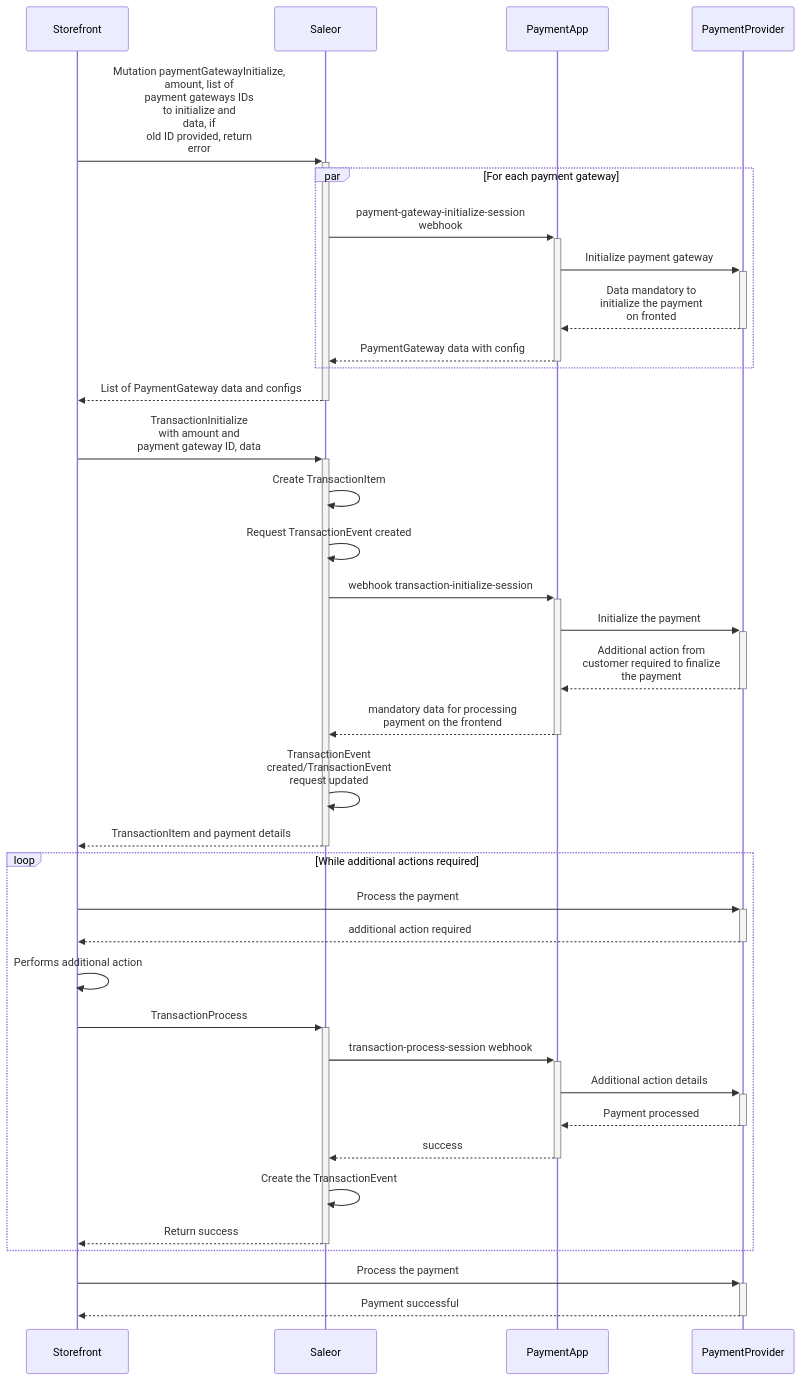
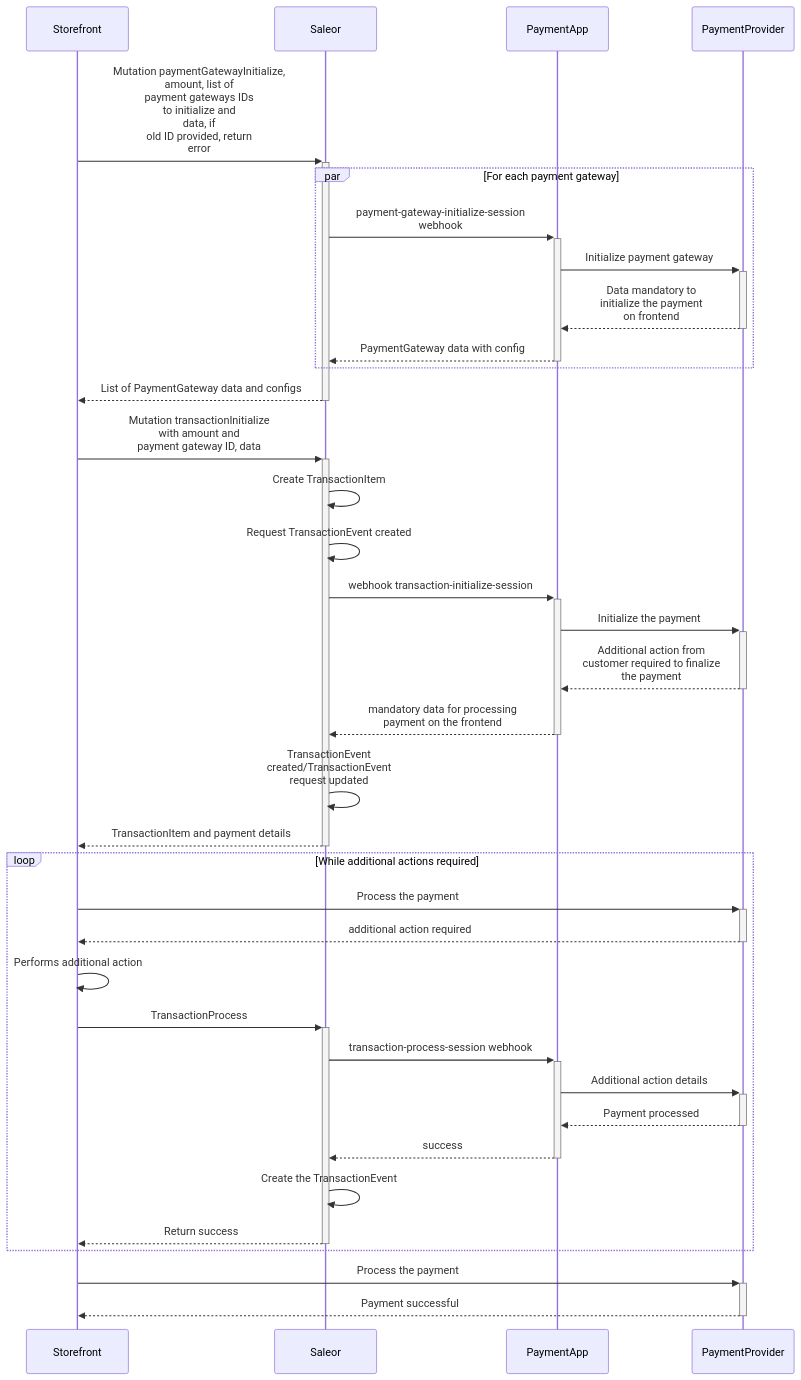
Before and after one commit to saleor/saleor-docs: the first of 5 diagrams in versioned_docs/version-3.x/developer/payments.mdx, drawn with Mermaid. The commit also changed other lines of this file, not shown here.

Commit message:
Fix stylistic mistakes in payments docs (#928)

````diff
--- a/versioned_docs/version-3.x/developer/payments.mdx
+++ b/versioned_docs/version-3.x/developer/payments.mdx
@@ -59,34 +59,34 @@
 ```mermaid
 sequenceDiagram
   Storefront ->>+ Saleor: Mutation paymentGatewayInitialize,<br>amount, list of<br>payment gateways IDs<br>to initialize and <br>data, if<br>old ID provided, return<br>error
   par For each payment gateway
     Saleor ->>+ PaymentApp: payment-gateway-initialize-session<br>webhook
     PaymentApp ->>+ PaymentProvider: Initialize payment gateway
-    PaymentProvider -->>- PaymentApp: Data mandatory to<br>initialize the payment<br>on fronted
+    PaymentProvider -->>- PaymentApp: Data mandatory to<br>initialize the payment<br>on frontend
     PaymentApp -->>- Saleor: PaymentGateway data with config
   end
   Saleor -->>- Storefront: List of PaymentGateway data and configs
-  Storefront ->>+ Saleor: TransactionInitialize<br> with amount and<br>payment gateway ID, data
+  Storefront ->>+ Saleor: Mutation transactionInitialize<br> with amount and<br>payment gateway ID, data
   Saleor ->> Saleor: Create TransactionItem
   Saleor ->> Saleor: Request TransactionEvent created
   Saleor ->>+ PaymentApp: webhook transaction-initialize-session
   PaymentApp ->>+ PaymentProvider: Initialize the payment
   PaymentProvider -->>- PaymentApp: Additional action from<br>customer required to finalize<br>the payment
   PaymentApp -->>- Saleor: mandatory data for processing<br>payment on the frontend
   Saleor ->> Saleor: TransactionEvent <br>created/TransactionEvent<br>request updated
   Saleor -->>- Storefront: TransactionItem and payment details
   loop While additional actions required
     Storefront ->>+ PaymentProvider: Process the payment
     PaymentProvider -->>- Storefront: additional action required
     Storefront ->> Storefront: Performs additional action
     Storefront ->>+ Saleor: TransactionProcess
     Saleor ->>+ PaymentApp: transaction-process-session webhook
     PaymentApp ->>+ PaymentProvider: Additional action details
     PaymentProvider -->>- PaymentApp: Payment processed
     PaymentApp -->>- Saleor: success
     Saleor ->> Saleor: Create the TransactionEvent
     Saleor -->>- Storefront: Return success
   end
   Storefront ->>+ PaymentProvider: Process the payment
   PaymentProvider -->>- Storefront: Payment successful
 ```
````
